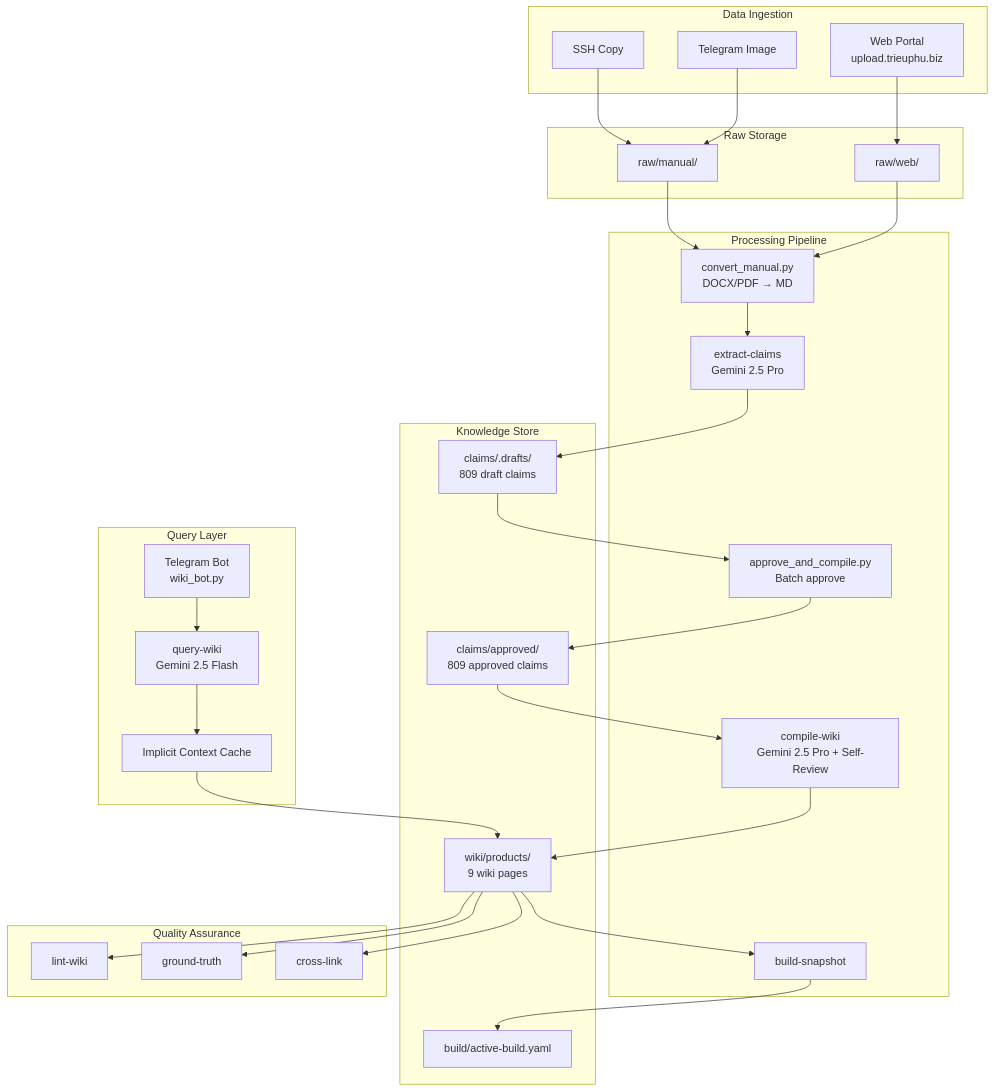
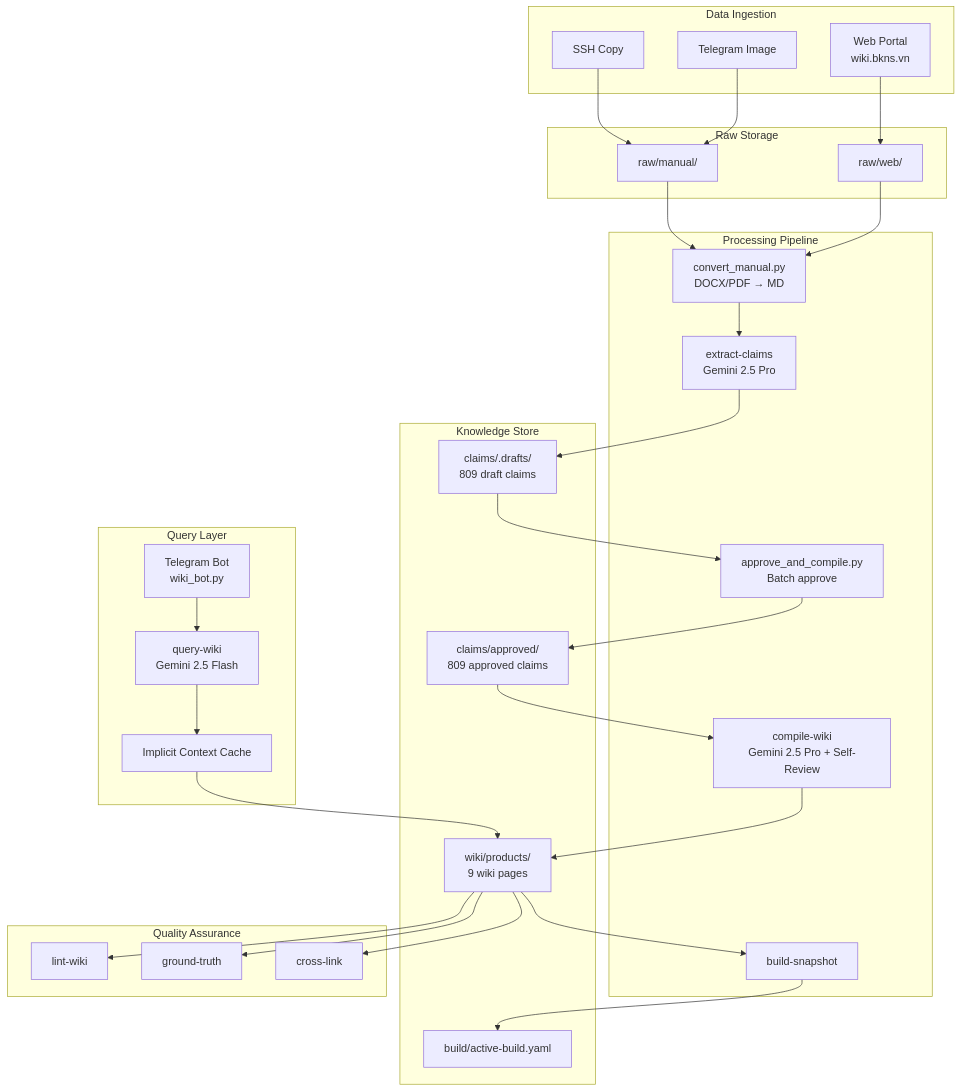
The first of 4 diagrams in docs/SPEC-bkns-wiki-system.md (tampd/wiki-bkns), drawn with Mermaid before and after one commit. The commit also changed other lines of this file and 41 other files, not shown here.

First line of the commit message:
feat(v1.1.1): migrate domain to wiki.bkns.vn + configure API credentials

````diff
--- a/docs/SPEC-bkns-wiki-system.md
+++ b/docs/SPEC-bkns-wiki-system.md
@@ -113,62 +113,62 @@
 ```mermaid
 graph TB
     subgraph "Data Ingestion"
         SSH["SSH Copy"]
-        WEB["Web Portal<br/>upload.trieuphu.biz"]
+        WEB["Web Portal<br/>wiki.bkns.vn"]
         TG_IN["Telegram Image"]
     end
     
     subgraph "Raw Storage"
         RAW_M["raw/manual/"]
         RAW_W["raw/web/"]
     end
     
     subgraph "Processing Pipeline"
         CONVERT["convert_manual.py<br/>DOCX/PDF → MD"]
         EXTRACT["extract-claims<br/>Gemini 2.5 Pro"]
         APPROVE["approve_and_compile.py<br/>Batch approve"]
         COMPILE["compile-wiki<br/>Gemini 2.5 Pro + Self-Review"]
         SNAPSHOT["build-snapshot"]
     end
     
     subgraph "Knowledge Store"
         DRAFTS["claims/.drafts/<br/>809 draft claims"]
         APPROVED["claims/approved/<br/>809 approved claims"]
         WIKI["wiki/products/<br/>9 wiki pages"]
         BUILD["build/active-build.yaml"]
     end
 
     subgraph "Query Layer"
         BOT["Telegram Bot<br/>wiki_bot.py"]
         QUERY["query-wiki<br/>Gemini 2.5 Flash"]
         CACHE["Implicit Context Cache"]
     end
 
     subgraph "Quality Assurance"
         LINT["lint-wiki"]
         GT["ground-truth"]
         XLINK["cross-link"]
     end
 
     SSH --> RAW_M
     WEB --> RAW_W
     TG_IN --> RAW_M
     RAW_M --> CONVERT
     RAW_W --> CONVERT
     CONVERT --> EXTRACT
     EXTRACT --> DRAFTS
     DRAFTS --> APPROVE
     APPROVE --> APPROVED
     APPROVED --> COMPILE
     COMPILE --> WIKI
     WIKI --> SNAPSHOT
     SNAPSHOT --> BUILD
     
     BOT --> QUERY
     QUERY --> CACHE
     CACHE --> WIKI
     
     WIKI --> LINT
     WIKI --> GT
     WIKI --> XLINK
 ```
````
